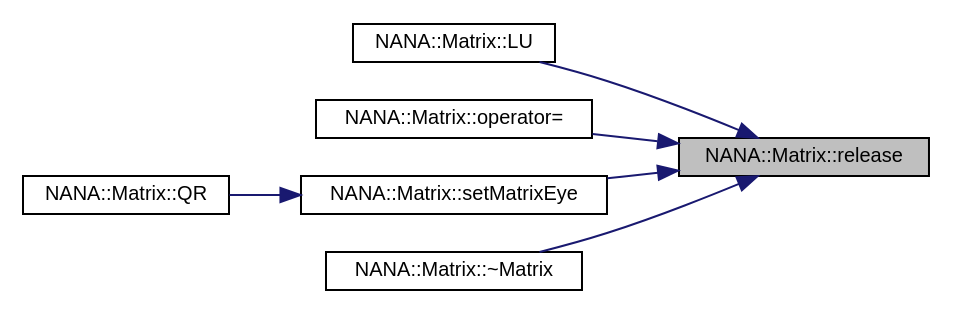
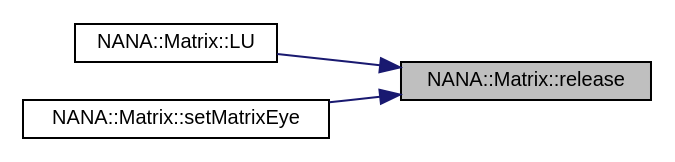
Before and after one commit to YuruTu/NANA: the diagram in docs/class_n_a_n_a_1_1_matrix_af89b2a36817707cc891210384ac59f98_icgraph.dot, drawn with Graphviz. The commit also changed 83 other files, not shown here.

```diff
--- a/docs/class_n_a_n_a_1_1_matrix_af89b2a36817707cc891210384ac59f98_icgraph.dot
+++ b/docs/class_n_a_n_a_1_1_matrix_af89b2a36817707cc891210384ac59f98_icgraph.dot
@@ -1,18 +1,12 @@
 digraph "NANA::Matrix::release"
 {
  // LATEX_PDF_SIZE
   edge [fontname="Helvetica",fontsize="10",labelfontname="Helvetica",labelfontsize="10"];
   node [fontname="Helvetica",fontsize="10",shape=record];
   rankdir="RL";
   Node1 [label="NANA::Matrix::release",height=0.2,width=0.4,color="black", fillcolor="grey75", style="filled", fontcolor="black",tooltip="释放已申请的内存"];
   Node1 -> Node2 [dir="back",color="midnightblue",fontsize="10",style="solid",fontname="Helvetica"];
   Node2 [label="NANA::Matrix::LU",height=0.2,width=0.4,color="black", fillcolor="white", style="filled",URL="$class_n_a_n_a_1_1_matrix.html#a4fa999237fe4b55b662bcd8e38707d1e",tooltip="实现矩阵的LU分解"];
   Node1 -> Node3 [dir="back",color="midnightblue",fontsize="10",style="solid",fontname="Helvetica"];
-  Node3 [label="NANA::Matrix::operator=",height=0.2,width=0.4,color="black", fillcolor="white", style="filled",URL="$class_n_a_n_a_1_1_matrix.html#af8f91cc9e267b3c55d0b8e6cb80351c4",tooltip="等于时"];
-  Node1 -> Node4 [dir="back",color="midnightblue",fontsize="10",style="solid",fontname="Helvetica"];
-  Node4 [label="NANA::Matrix::setMatrixEye",height=0.2,width=0.4,color="black", fillcolor="white", style="filled",URL="$class_n_a_n_a_1_1_matrix.html#a0a5423a5d4ad70b3225216b7a6542ee4",tooltip="将当前矩阵设置为单位矩阵"];
-  Node4 -> Node5 [dir="back",color="midnightblue",fontsize="10",style="solid",fontname="Helvetica"];
-  Node5 [label="NANA::Matrix::QR",height=0.2,width=0.4,color="black", fillcolor="white", style="filled",URL="$class_n_a_n_a_1_1_matrix.html#aa7c0b878879e366512929f60b01b883b",tooltip="基于豪斯荷尔德变换实现矩阵的QR分解"];
-  Node1 -> Node6 [dir="back",color="midnightblue",fontsize="10",style="solid",fontname="Helvetica"];
-  Node6 [label="NANA::Matrix::~Matrix",height=0.2,width=0.4,color="black", fillcolor="white", style="filled",URL="$class_n_a_n_a_1_1_matrix.html#af6db31f44e0cedf29f256b35049a5d20",tooltip="矩阵的析构函数，释放申请的内存"];
+  Node3 [label="NANA::Matrix::setMatrixEye",height=0.2,width=0.4,color="black", fillcolor="white", style="filled",URL="$class_n_a_n_a_1_1_matrix.html#a0a5423a5d4ad70b3225216b7a6542ee4",tooltip="将当前矩阵设置为单位矩阵"];
 }
```
